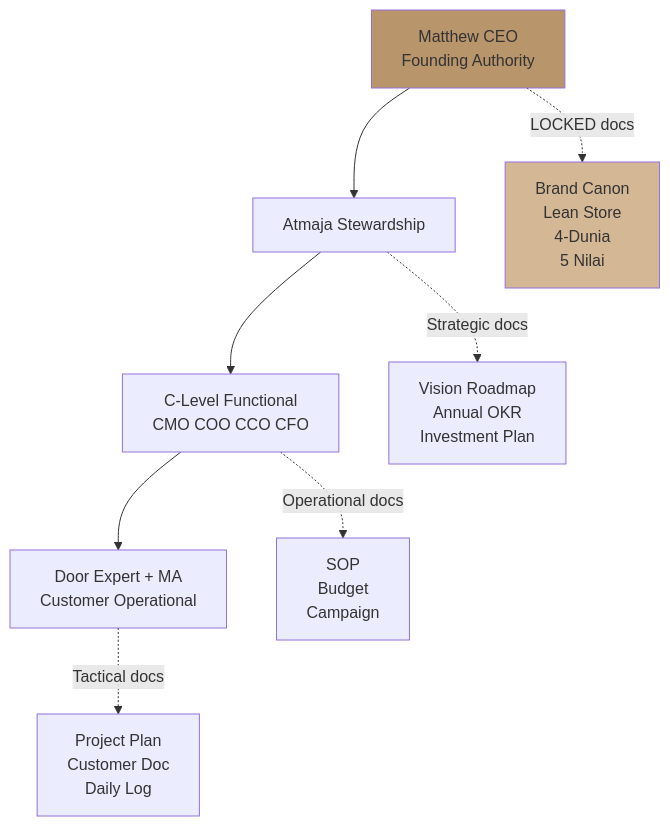
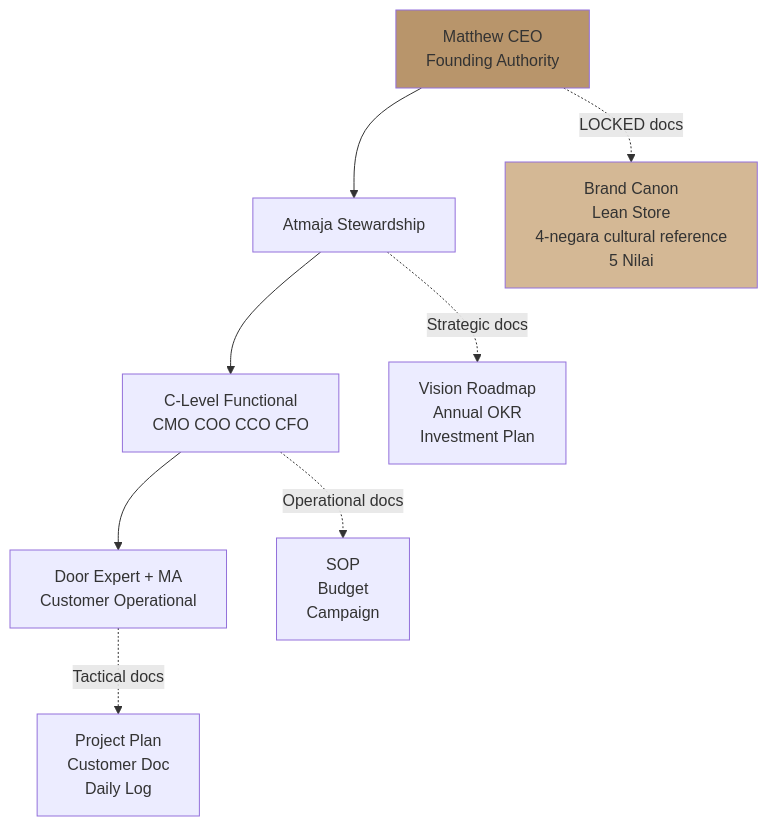
The first of 3 diagrams in librechat-deploy/skills/atmaja/governance-framework.md (MahewAi/Mahew), drawn with Mermaid before and after one commit. The commit also changed other lines of this file and 80 other files, not shown here.

````diff
--- a/librechat-deploy/skills/atmaja/governance-framework.md
+++ b/librechat-deploy/skills/atmaja/governance-framework.md
@@ -318,14 +318,14 @@
 ```mermaid
 flowchart TD
     A[Matthew CEO<br/>Founding Authority] --> B[Atmaja Stewardship]
     B --> C[C-Level Functional<br/>CMO COO CCO CFO]
     C --> D[Door Expert + MA<br/>Customer Operational]
     
-    A -.LOCKED docs.-> E[Brand Canon<br/>Lean Store<br/>4-Dunia<br/>5 Nilai]
+    A -.LOCKED docs.-> E[Brand Canon<br/>Lean Store<br/>4-negara cultural reference<br/>5 Nilai]
     B -.Strategic docs.-> F[Vision Roadmap<br/>Annual OKR<br/>Investment Plan]
     C -.Operational docs.-> G[SOP<br/>Budget<br/>Campaign]
     D -.Tactical docs.-> H[Project Plan<br/>Customer Doc<br/>Daily Log]
     
     style A fill:#B8956B
     style E fill:#D4B895
 ```
````
